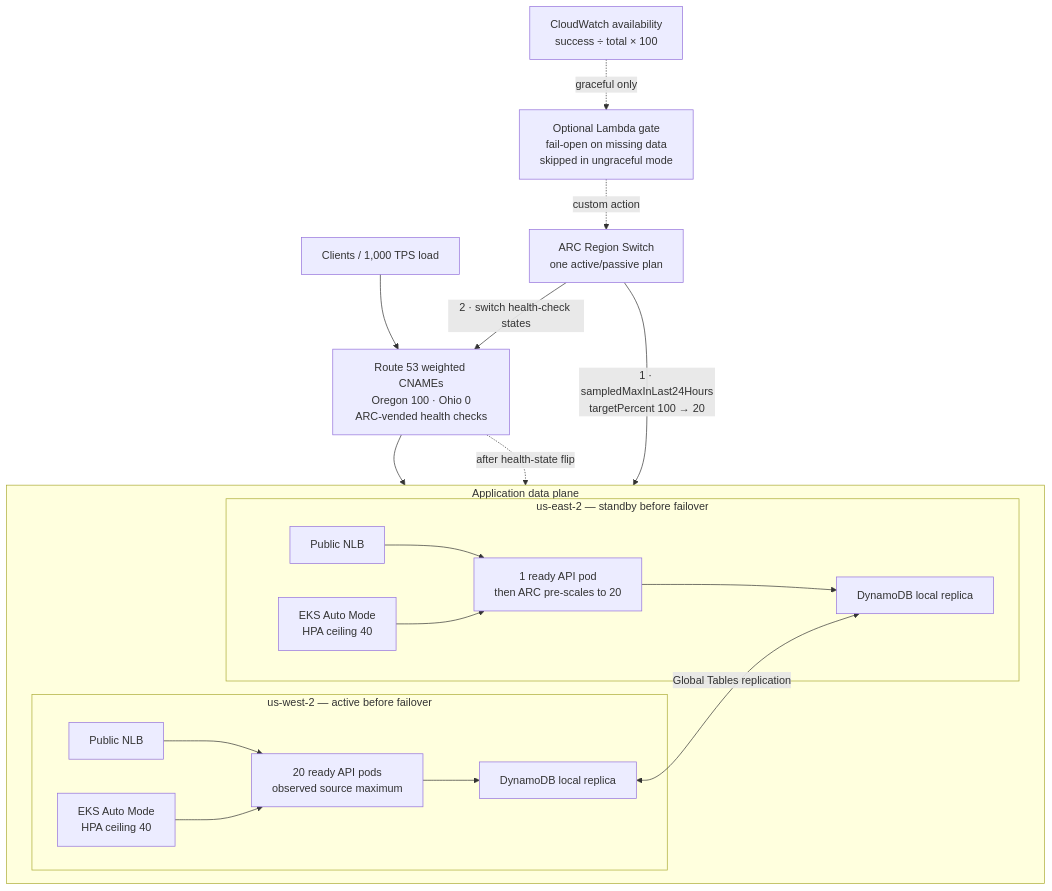
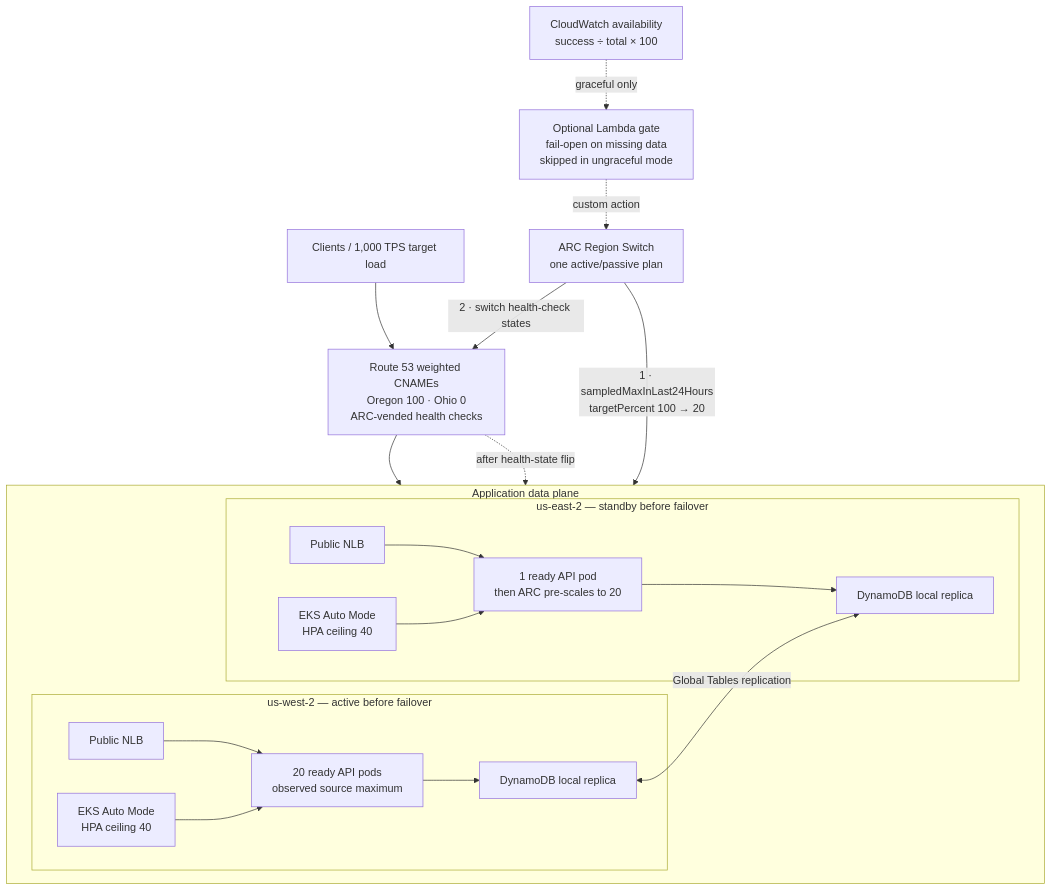
Before and after one commit to bhattchaitanya/aws-arc-eks-observed-capacity-failover: the diagram in diagrams/architecture.mmd, drawn with Mermaid. The commit also changed 22 other files, not shown here.

```diff
--- a/diagrams/architecture.mmd
+++ b/diagrams/architecture.mmd
@@ -1,38 +1,38 @@
 flowchart TB
-  Client["Clients / 1,000 TPS load"]
+  Client["Clients / 1,000 TPS target load"]
   DNS["Route 53 weighted CNAMEs<br/>Oregon 100 · Ohio 0<br/>ARC-vended health checks"]
   ARC["ARC Region Switch<br/>one active/passive plan"]
   CW["CloudWatch availability<br/>success ÷ total × 100"]
   Gate["Optional Lambda gate<br/>fail-open on missing data<br/>skipped in ungraceful mode"]
 
   subgraph Regions["Application data plane"]
     direction LR
     subgraph West["us-west-2 — active before failover"]
       WNLB["Public NLB"]
       WEKS["EKS Auto Mode<br/>HPA ceiling 40"]
       WPods["20 ready API pods<br/>observed source maximum"]
       WDDB["DynamoDB local replica"]
       WNLB --> WPods
       WEKS --> WPods
       WPods --> WDDB
     end
 
     subgraph East["us-east-2 — standby before failover"]
       ENLB["Public NLB"]
       EEKS["EKS Auto Mode<br/>HPA ceiling 40"]
       EPods["1 ready API pod<br/>then ARC pre-scales to 20"]
       EDDB["DynamoDB local replica"]
       ENLB --> EPods
       EEKS --> EPods
       EPods --> EDDB
     end
   end
 
   Client --> DNS
   DNS --> WNLB
   DNS -. "after health-state flip" .-> ENLB
   CW -. "graceful only" .-> Gate
   Gate -. "custom action" .-> ARC
   ARC -->|"1 · sampledMaxInLast24Hours<br/>targetPercent 100 → 20"| EEKS
   ARC -->|"2 · switch health-check states"| DNS
   WDDB <-->|"Global Tables replication"| EDDB
```
